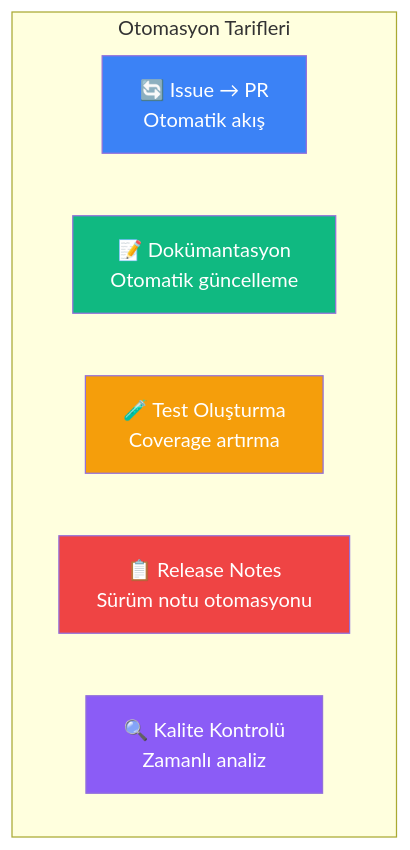
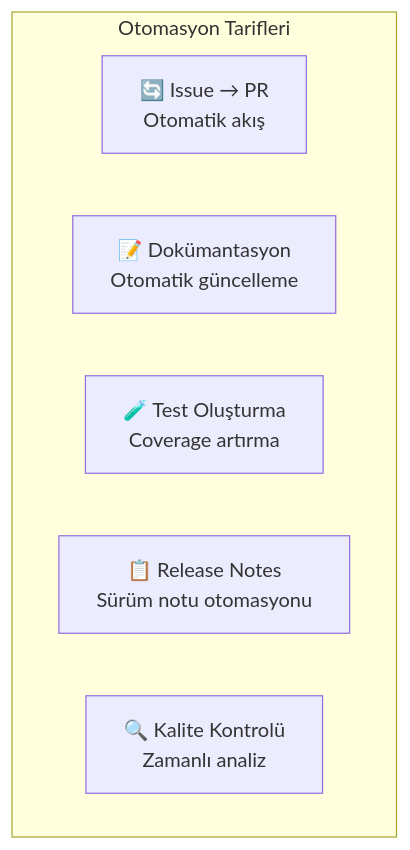
The first of 7 diagrams in 16-cicd-ve-devops/05-otomasyon-tarifleri.md (IzzetYasinAtes/ClaudeCodeHandbook), drawn with Mermaid before and after one commit. The commit also changed other lines of this file and 97 other files, not shown here.

Commit message:
Remove all custom Mermaid style/fill colors from 98 markdown files for consistent dark theme rendering

````diff
--- a/16-cicd-ve-devops/05-otomasyon-tarifleri.md
+++ b/16-cicd-ve-devops/05-otomasyon-tarifleri.md
@@ -18,16 +18,11 @@
 ```mermaid
 flowchart TB
     subgraph recipes ["Otomasyon Tarifleri"]
         R1["🔄 Issue → PR<br/>Otomatik akış"]
         R2["📝 Dokümantasyon<br/>Otomatik güncelleme"]
         R3["🧪 Test Oluşturma<br/>Coverage artırma"]
         R4["📋 Release Notes<br/>Sürüm notu otomasyonu"]
         R5["🔍 Kalite Kontrolü<br/>Zamanlı analiz"]
     end
 
-    style R1 fill:#3B82F6,color:#fff
-    style R2 fill:#10B981,color:#fff
-    style R3 fill:#F59E0B,color:#fff
-    style R4 fill:#EF4444,color:#fff
-    style R5 fill:#8B5CF6,color:#fff
 ```
````
